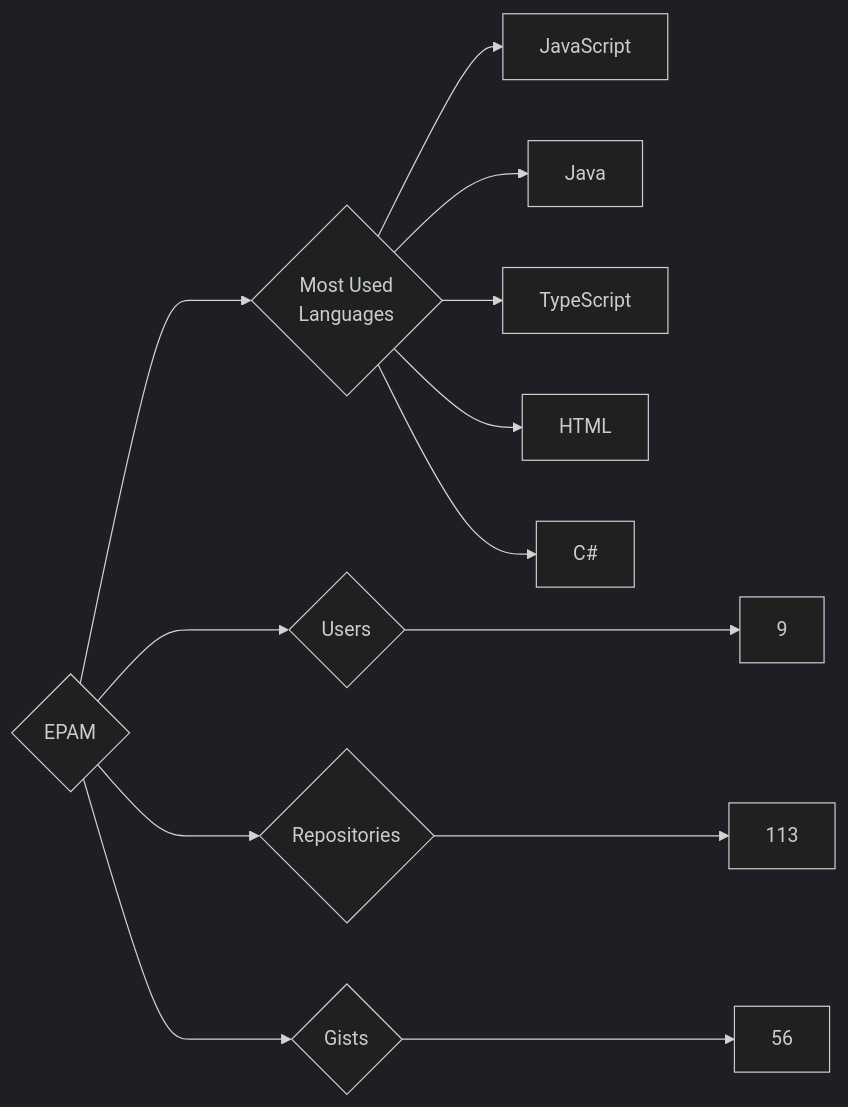
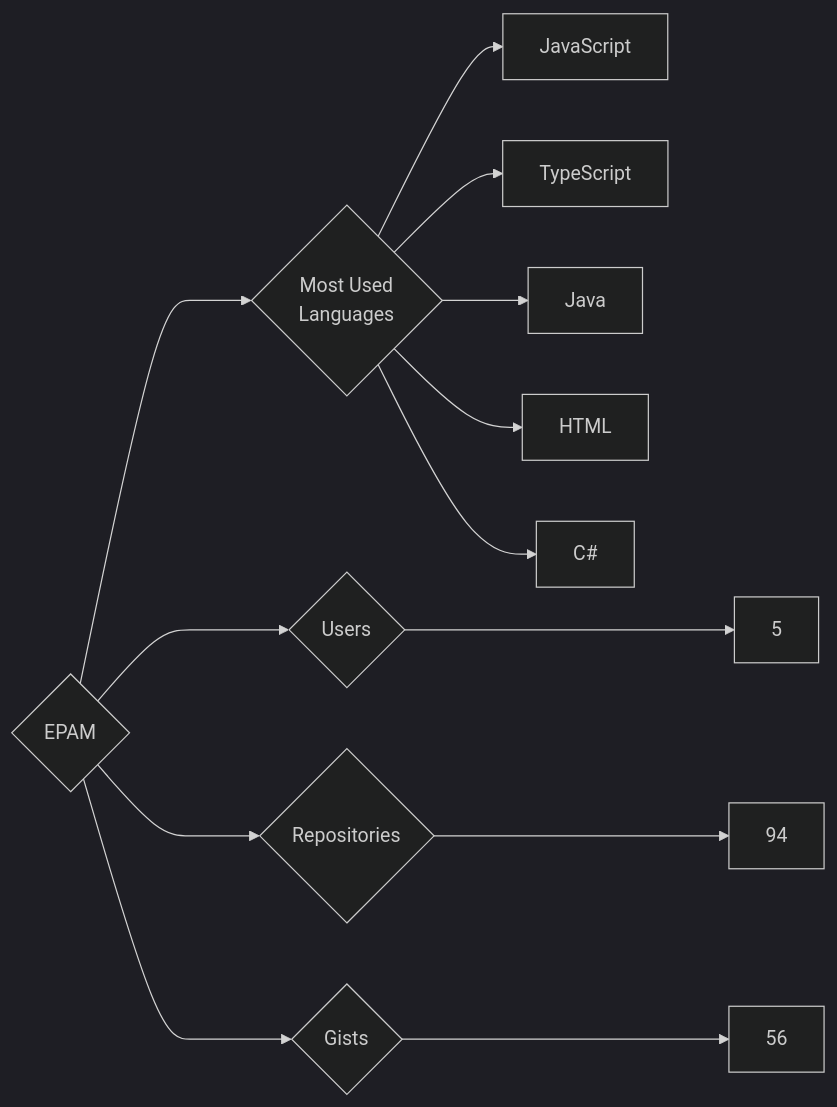
The diagram in targets/EPAM/README.md (trickest/insiders), drawn with Mermaid (dark theme) before and after one commit. The commit also changed 873 other files, not shown here.

````diff
--- a/targets/EPAM/README.md
+++ b/targets/EPAM/README.md
@@ -3,13 +3,13 @@
 ```mermaid
 graph LR
 COMPANY_NAME{EPAM}
-COMPANY_NAME ---> U{Users} ---> UN[9]
-COMPANY_NAME ---> R{Repositories} ---> RN[113]
+COMPANY_NAME ---> U{Users} ---> UN[5]
+COMPANY_NAME ---> R{Repositories} ---> RN[94]
 COMPANY_NAME ---> G{Gists} ---> GN[56]
 COMPANY_NAME ---> ML{Most Used<br>Languages}
 ML --> JavaScript[JavaScript]
+ML --> TypeScript[TypeScript]
 ML --> Java[Java]
-ML --> TypeScript[TypeScript]
 ML --> HTML[HTML]
 ML --> C#[C#]
 ```
````
